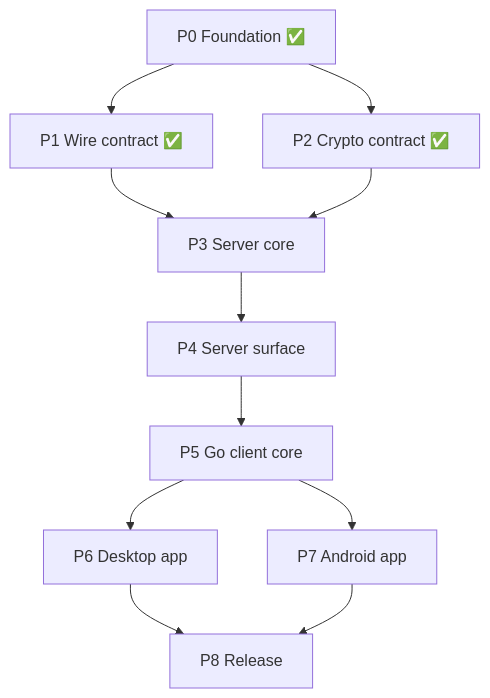
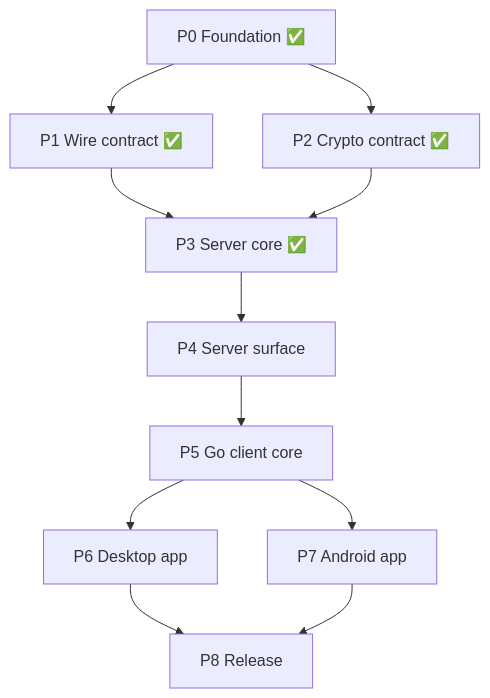
Before and after one commit to Mark7888/two-place-paste: the diagram in docs/ROADMAP.md, drawn with Mermaid. The commit also changed other lines of this file and 34 other files, not shown here.

First line of the commit message:
[P3] Server core: store, blobs, entries and WebSocket transport

````diff
--- a/docs/ROADMAP.md
+++ b/docs/ROADMAP.md
@@ -127,13 +127,13 @@
 ```mermaid
 graph TD
     P0["P0 Foundation ✅"] --> P1["P1 Wire contract ✅"]
     P0 --> P2["P2 Crypto contract ✅"]
-    P1 --> P3["P3 Server core"]
+    P1 --> P3["P3 Server core ✅"]
     P2 --> P3
     P3 --> P4["P4 Server surface"]
     P4 --> P5["P5 Go client core"]
     P5 --> P6["P6 Desktop app"]
     P5 --> P7["P7 Android app"]
     P6 --> P8["P8 Release"]
     P7 --> P8
 ```
````
